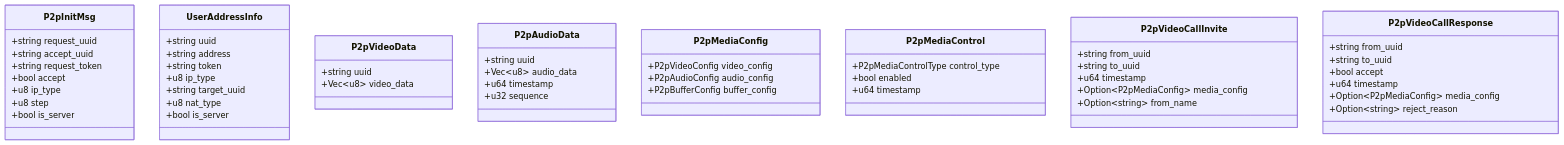
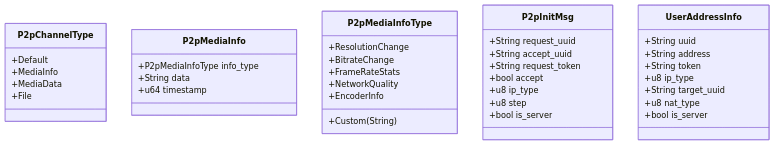
One commit to nicolastinger/only-talk-app changed the ninth of 13 diagrams in .qoder/repowiki/zh/content/后端服务/P2P服务.md. Above: the diagram before and after it, drawn with Mermaid. The commit also changed other lines of this file and 12 other files, not shown here.

````diff
--- a/.qoder/repowiki/zh/content/后端服务/P2P服务.md
+++ b/.qoder/repowiki/zh/content/后端服务/P2P服务.md
@@ -334,56 +421,40 @@
 ```mermaid
 classDiagram
+class P2pChannelType {
++Default
++MediaInfo
++MediaData
++File
+}
+class P2pMediaInfo {
++P2pMediaInfoType info_type
++String data
++u64 timestamp
+}
+class P2pMediaInfoType {
++ResolutionChange
++BitrateChange
++FrameRateStats
++NetworkQuality
++EncoderInfo
++Custom(String)
+}
 class P2pInitMsg {
-+string request_uuid
-+string accept_uuid
-+string request_token
++String request_uuid
++String accept_uuid
++String request_token
 +bool accept
 +u8 ip_type
 +u8 step
 +bool is_server
 }
 class UserAddressInfo {
-+string uuid
-+string address
-+string token
++String uuid
++String address
++String token
 +u8 ip_type
-+string target_uuid
++String target_uuid
 +u8 nat_type
 +bool is_server
 }
-class P2pVideoData {
-+string uuid
-+Vec~u8~ video_data
-}
-class P2pAudioData {
-+string uuid
-+Vec~u8~ audio_data
-+u64 timestamp
-+u32 sequence
-}
-class P2pMediaConfig {
-+P2pVideoConfig video_config
-+P2pAudioConfig audio_config
-+P2pBufferConfig buffer_config
-}
-class P2pMediaControl {
-+P2pMediaControlType control_type
-+bool enabled
-+u64 timestamp
-}
-class P2pVideoCallInvite {
-+string from_uuid
-+string to_uuid
-+u64 timestamp
-+Option~P2pMediaConfig~ media_config
-+Option~string~ from_name
-}
-class P2pVideoCallResponse {
-+string from_uuid
-+string to_uuid
-+bool accept
-+u64 timestamp
-+Option~P2pMediaConfig~ media_config
-+Option~string~ reject_reason
-}
 ```
````
